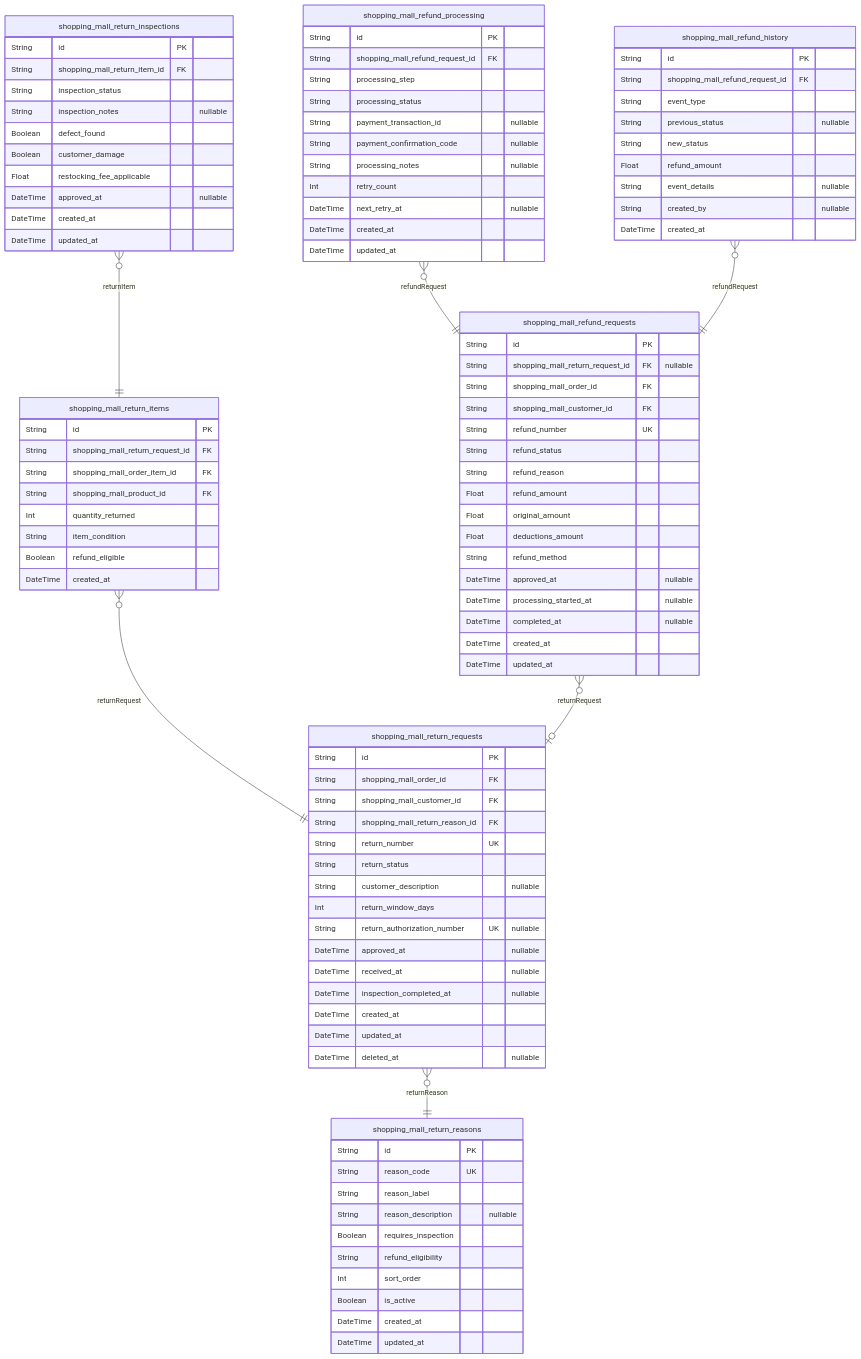
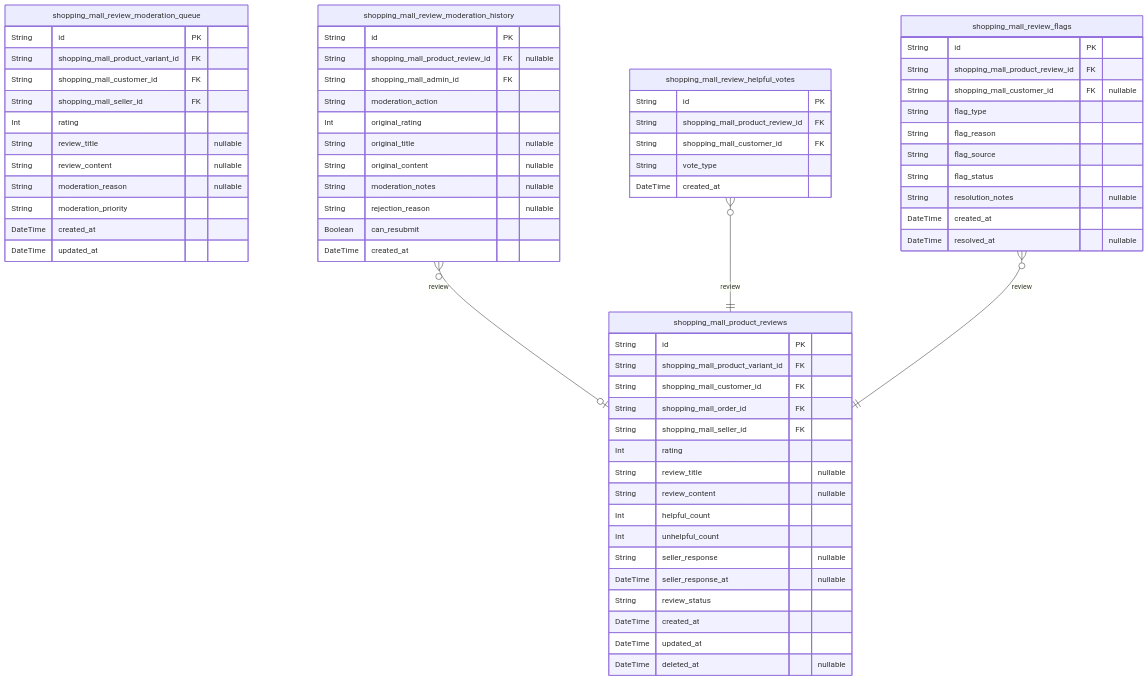
Before and after one commit to wrtnlabs/autobe-examples: the ninth of 12 diagrams in anthropic/claude-haiku-4.5/shopping/docs/ERD.md, drawn with Mermaid. The commit also changed other lines of this file and 16146 other files, not shown here.

````diff
--- a/anthropic/claude-haiku-4.5/shopping/docs/ERD.md
+++ b/anthropic/claude-haiku-4.5/shopping/docs/ERD.md
@@ -3749,102 +3376,69 @@
 ```mermaid
 erDiagram
-"shopping_mall_return_requests" {
+"shopping_mall_product_reviews" {
   String id PK
+  String shopping_mall_product_variant_id FK
+  String shopping_mall_customer_id FK
   String shopping_mall_order_id FK
-  String shopping_mall_customer_id FK
-  String shopping_mall_return_reason_id FK
-  String return_number UK
-  String return_status
-  String customer_description "nullable"
-  Int return_window_days
-  String return_authorization_number UK "nullable"
-  DateTime approved_at "nullable"
-  DateTime received_at "nullable"
-  DateTime inspection_completed_at "nullable"
+  String shopping_mall_seller_id FK
+  Int rating
+  String review_title "nullable"
+  String review_content "nullable"
+  Int helpful_count
+  Int unhelpful_count
+  String seller_response "nullable"
+  DateTime seller_response_at "nullable"
+  String review_status
   DateTime created_at
   DateTime updated_at
   DateTime deleted_at "nullable"
 }
-"shopping_mall_return_items" {
+"shopping_mall_review_moderation_queue" {
   String id PK
-  String shopping_mall_return_request_id FK
-  String shopping_mall_order_item_id FK
-  String shopping_mall_product_id FK
-  Int quantity_returned
-  String item_condition
-  Boolean refund_eligible
-  DateTime created_at
-}
-"shopping_mall_return_inspections" {
-  String id PK
-  String shopping_mall_return_item_id FK
-  String inspection_status
-  String inspection_notes "nullable"
-  Boolean defect_found
-  Boolean customer_damage
-  Float restocking_fee_applicable
-  DateTime approved_at "nullable"
+  String shopping_mall_product_variant_id FK
+  String shopping_mall_customer_id FK
+  String shopping_mall_seller_id FK
+  Int rating
+  String review_title "nullable"
+  String review_content "nullable"
+  String moderation_reason "nullable"
+  String moderation_priority
   DateTime created_at
   DateTime updated_at
 }
-"shopping_mall_refund_requests" {
+"shopping_mall_review_moderation_history" {
   String id PK
-  String shopping_mall_return_request_id FK "nullable"
-  String shopping_mall_order_id FK
-  String shopping_mall_customer_id FK
-  String refund_number UK
-  String refund_status
-  String refund_reason
-  Float refund_amount
-  Float original_amount
-  Float deductions_amount
-  String refund_method
-  DateTime approved_at "nullable"
-  DateTime processing_started_at "nullable"
-  DateTime completed_at "nullable"
-  DateTime created_at
-  DateTime updated_at
-}
-"shopping_mall_refund_processing" {
-  String id PK
-  String shopping_mall_refund_request_id FK
-  String processing_step
-  String processing_status
-  String payment_transaction_id "nullable"
-  String payment_confirmation_code "nullable"
-  String processing_notes "nullable"
-  Int retry_count
-  DateTime next_retry_at "nullable"
-  DateTime created_at
-  DateTime updated_at
-}
-"shopping_mall_refund_history" {
-  String id PK
-  String shopping_mall_refund_request_id FK
-  String event_type
-  String previous_status "nullable"
-  String new_status
-  Float refund_amount
-  String event_details "nullable"
-  String created_by "nullable"
+  String shopping_mall_product_review_id FK "nullable"
+  String shopping_mall_admin_id FK
+  String moderation_action
+  Int original_rating
+  String original_title "nullable"
+  String original_content "nullable"
+  String moderation_notes "nullable"
+  String rejection_reason "nullable"
+  Boolean can_resubmit
   DateTime created_at
 }
-"shopping_mall_return_reasons" {
+"shopping_mall_review_helpful_votes" {
   String id PK
-  String reason_code UK
-  String reason_label
-  String reason_description "nullable"
-  Boolean requires_inspection
-  String refund_eligibility
-  Int sort_order
-  Boolean is_active
+  String shopping_mall_product_review_id FK
+  String shopping_mall_customer_id FK
+  String vote_type
   DateTime created_at
-  DateTime updated_at
 }
-"shopping_mall_return_requests" }o--|| "shopping_mall_return_reasons" : returnReason
-"shopping_mall_return_items" }o--|| "shopping_mall_return_requests" : returnRequest
-"shopping_mall_return_inspections" }o--|| "shopping_mall_return_items" : returnItem
-"shopping_mall_refund_requests" }o--o| "shopping_mall_return_requests" : returnRequest
-"shopping_mall_refund_processing" }o--|| "shopping_mall_refund_requests" : refundRequest
-"shopping_mall_refund_history" }o--|| "shopping_mall_refund_requests" : refundRequest
+"shopping_mall_review_flags" {
+  String id PK
+  String shopping_mall_product_review_id FK
+  String shopping_mall_customer_id FK "nullable"
+  String flag_type
+  String flag_reason
+  String flag_source
+  String flag_status
+  String resolution_notes "nullable"
+  DateTime created_at
+  DateTime resolved_at "nullable"
+}
+"shopping_mall_review_moderation_history" }o--o| "shopping_mall_product_reviews" : review
+"shopping_mall_review_helpful_votes" }o--|| "shopping_mall_product_reviews" : review
+"shopping_mall_review_flags" }o--|| "shopping_mall_product_reviews" : review
 ```
````
